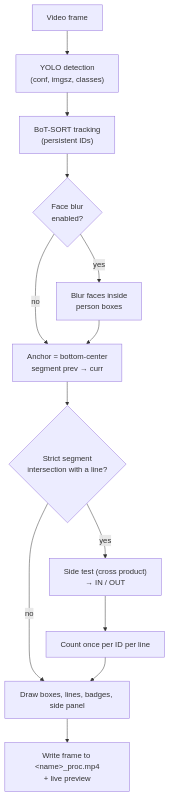
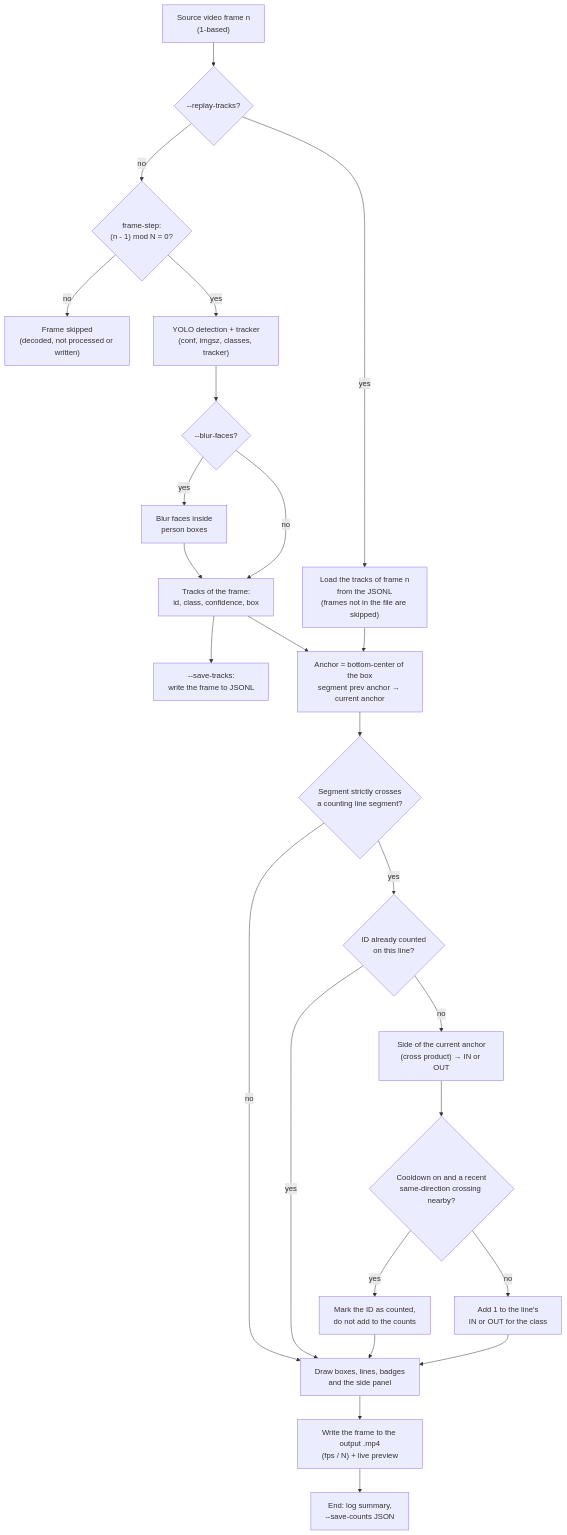
One commit to karemdm/directional-line-crossing-counter changed the diagram in README.md. Above: the diagram before and after it, drawn with Mermaid. The commit also changed other lines of this file and 1 other file, not shown here.

Commit message:
docs: update the pipeline diagram and describe frame step, replay, cooldown and edge cases

````diff
--- a/README.md
+++ b/README.md
@@ -28,15 +28,27 @@
 ```mermaid
 flowchart TD
-    A["Video frame"] --> B["YOLO detection<br/>(conf, imgsz, classes)"]
-    B --> C["BoT-SORT tracking<br/>(persistent IDs)"]
-    C --> D{"Face blur<br/>enabled?"}
+    A["Source video frame n<br/>(1-based)"] --> R{"--replay-tracks?"}
+    R -- no --> K{"frame-step:<br/>(n - 1) mod N = 0?"}
+    K -- no --> Z["Frame skipped<br/>(decoded, not processed or written)"]
+    K -- yes --> B["YOLO detection + tracker<br/>(conf, imgsz, classes, tracker)"]
+    B --> D{"--blur-faces?"}
     D -- yes --> E["Blur faces inside<br/>person boxes"]
-    D -- no --> F
-    E --> F["Anchor = bottom-center<br/>segment prev → curr"]
-    F --> G{"Strict segment<br/>intersection with a line?"}
+    D -- no --> T
+    E --> T["Tracks of the frame:<br/>id, class, confidence, box"]
+    T --> W["--save-tracks:<br/>write the frame to JSONL"]
+    R -- yes --> L["Load the tracks of frame n<br/>from the JSONL<br/>(frames not in the file are skipped)"]
+    L --> U["Anchor = bottom-center of the box<br/>segment prev anchor → current anchor"]
+    T --> U
+    U --> G{"Segment strictly crosses<br/>a counting line segment?"}
     G -- no --> J
-    G -- yes --> H["Side test (cross product)<br/>→ IN / OUT"]
-    H --> I["Count once per ID per line"]
-    I --> J["Draw boxes, lines, badges, side panel"]
-    J --> K["Write frame to &lt;name&gt;_proc.mp4<br/>+ live preview"]
+    G -- yes --> M{"ID already counted<br/>on this line?"}
+    M -- yes --> J
+    M -- no --> H["Side of the current anchor<br/>(cross product) → IN or OUT"]
+    H --> Q{"Cooldown on and a recent<br/>same-direction crossing nearby?"}
+    Q -- yes --> P["Mark the ID as counted,<br/>do not add to the counts"]
+    Q -- no --> I["Add 1 to the line's<br/>IN or OUT for the class"]
+    P --> J
+    I --> J["Draw boxes, lines, badges<br/>and the side panel"]
+    J --> O["Write the frame to the output .mp4<br/>(fps / N) + live preview"]
+    O --> C["End: log summary,<br/>--save-counts JSON"]
 ```
````
